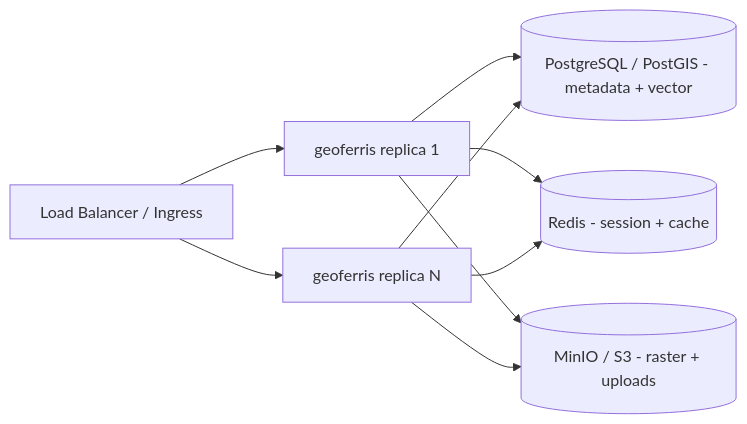
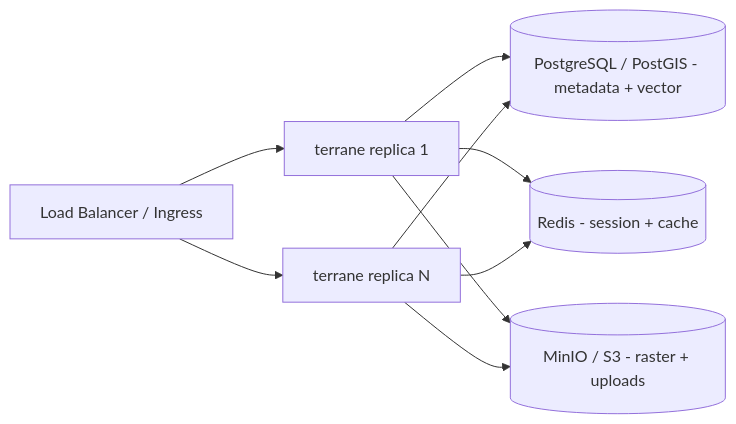
The third of 7 diagrams in docs/ARCHITECTURE.md (kakach96/Terrane), drawn with Mermaid before and after one commit. The commit also changed other lines of this file and 40 other files, not shown here.

````diff
--- a/docs/ARCHITECTURE.md
+++ b/docs/ARCHITECTURE.md
@@ -137,18 +136,18 @@
 ```mermaid
 graph LR
     LB[Load Balancer / Ingress]
-    R1[geoferris replica 1]
-    R2[geoferris replica N]
+    R1[terrane replica 1]
+    R2[terrane replica N]
     PG[(PostgreSQL / PostGIS - metadata + vector)]
     Redis[(Redis - session + cache)]
     MinIO[(MinIO / S3 - raster + uploads)]
 
     LB --> R1
     LB --> R2
     R1 --> PG
     R2 --> PG
     R1 --> Redis
     R2 --> Redis
     R1 --> MinIO
     R2 --> MinIO
 ```
````
